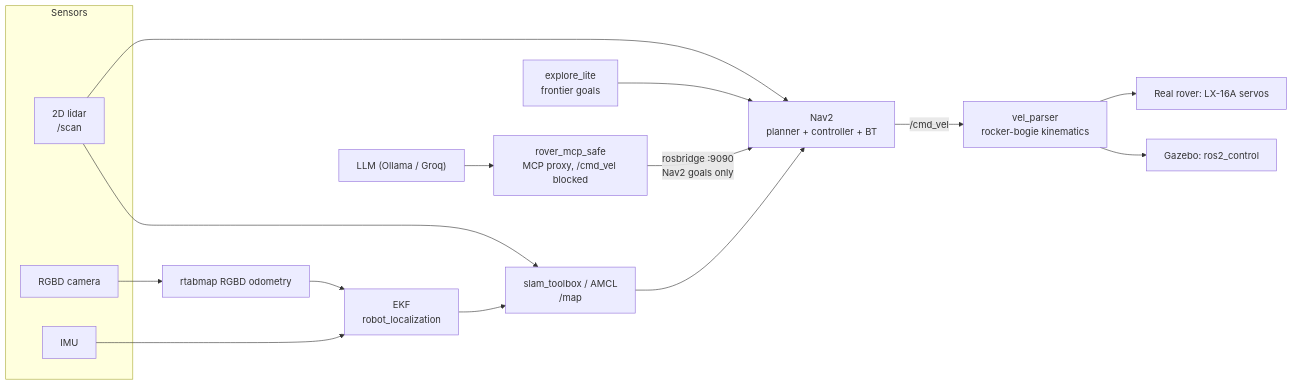
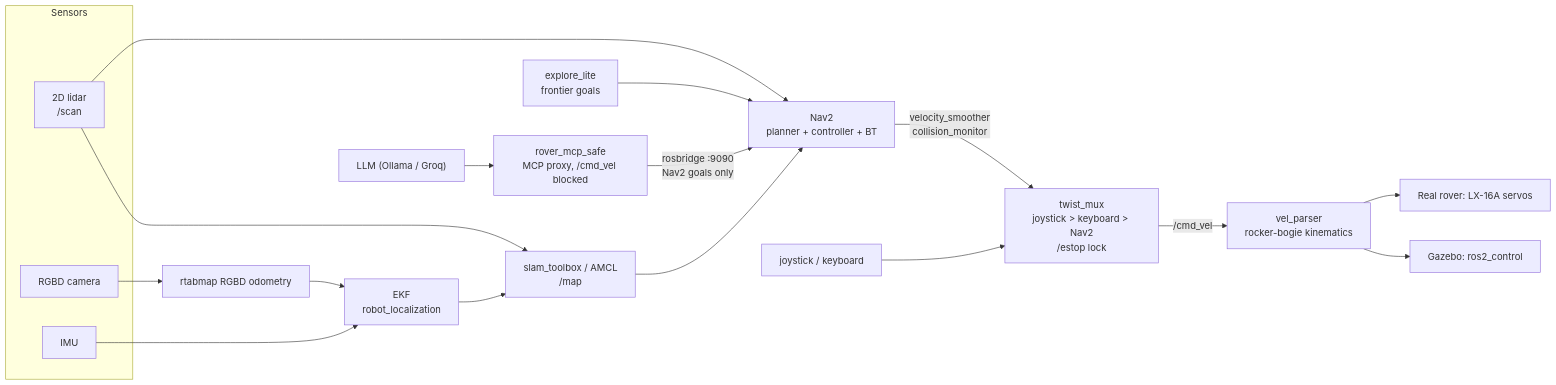
The diagram in README.md (Blazemorales/rover_circ_ares), drawn with Mermaid before and after one commit. The commit also changed 16 other files, not shown here.

First line of the commit message:
feat(nav): single cmd_vel owner with twist_mux and /estop lock (F1)

````diff
--- a/README.md
+++ b/README.md
@@ -41,21 +41,23 @@
 ```mermaid
 flowchart LR
   subgraph Sensors
     LIDAR["2D lidar<br/>/scan"]
     RGBD["RGBD camera"]
     IMU["IMU"]
   end
   RGBD --> VO["rtabmap RGBD odometry"]
   VO --> EKF["EKF<br/>robot_localization"]
   IMU --> EKF
   LIDAR --> SLAM["slam_toolbox / AMCL<br/>/map"]
   EKF --> SLAM
   SLAM --> NAV["Nav2<br/>planner + controller + BT"]
   LIDAR --> NAV
   EXP["explore_lite<br/>frontier goals"] --> NAV
   LLM["LLM (Ollama / Groq)"] --> MCP["rover_mcp_safe<br/>MCP proxy, /cmd_vel blocked"]
   MCP -->|rosbridge :9090<br/>Nav2 goals only| NAV
-  NAV -->|/cmd_vel| VP["vel_parser<br/>rocker-bogie kinematics"]
+  NAV -->|velocity_smoother<br/>collision_monitor| MUX["twist_mux<br/>joystick > keyboard > Nav2<br/>/estop lock"]
+  JOY["joystick / keyboard"] --> MUX
+  MUX -->|/cmd_vel| VP["vel_parser<br/>rocker-bogie kinematics"]
   VP --> SIM["Gazebo: ros2_control"]
   VP --> REAL["Real rover: LX-16A servos"]
 ```
````
